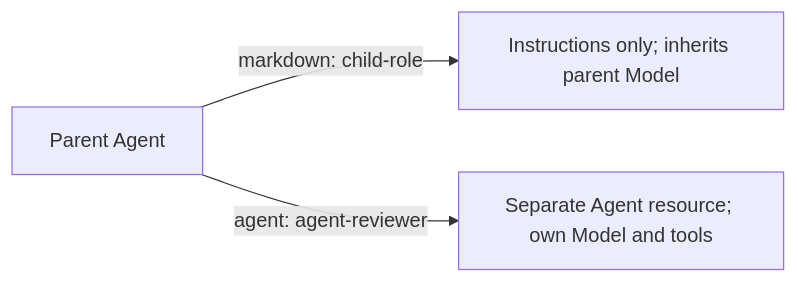
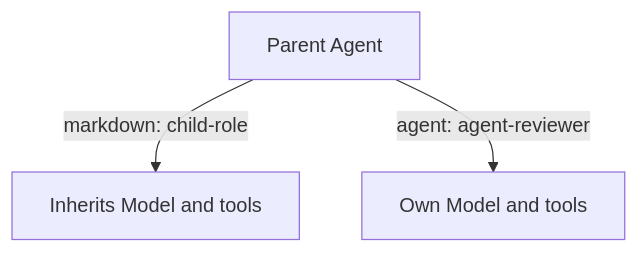
The diagram in docs/a13n-harness-ui/agents-and-subagents.md (converge-ai-labs/agent-foundation), drawn with Mermaid before and after one commit. The commit also changed other lines of this file and 124 other files, not shown here.

````diff
--- a/docs/a13n-harness-ui/agents-and-subagents.md
+++ b/docs/a13n-harness-ui/agents-and-subagents.md
@@ -10,7 +10,7 @@
 ```mermaid
-flowchart LR
-    Parent[Parent Agent] -->|markdown: child-role| Markdown[Instructions only; inherits parent Model]
-    Parent -->|agent: agent-reviewer| Resource[Separate Agent resource; own Model and tools]
+flowchart TB
+    Parent[Parent Agent] -->|markdown: child-role| Markdown[Inherits Model and tools]
+    Parent -->|agent: agent-reviewer| Resource[Own Model and tools]
 
     class Parent a13n
 ```
````
